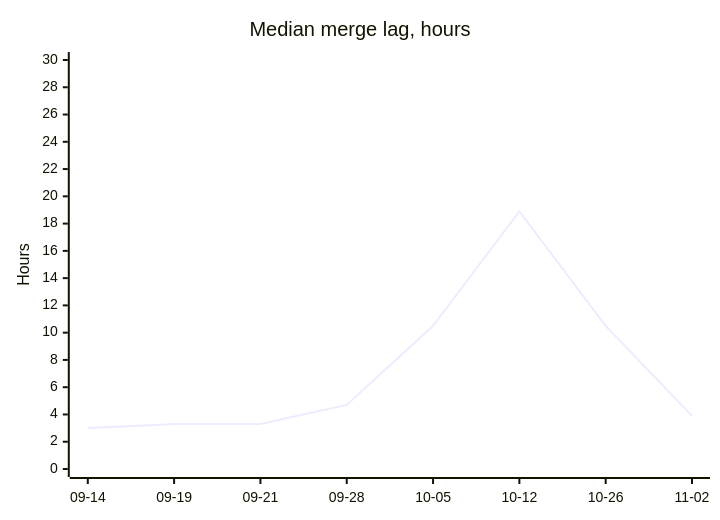
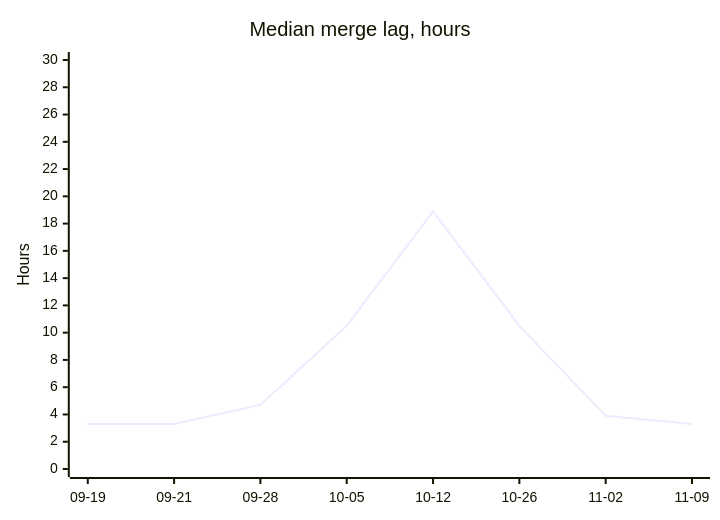
Before and after one commit to sipyourdrink-ltd/bernstein: the second of 3 diagrams in project-pulse.md, drawn with Mermaid. The commit also changed other lines of this file and 4 other files, not shown here.

````diff
--- a/project-pulse.md
+++ b/project-pulse.md
@@ -26,7 +26,7 @@
 ```mermaid
 xychart-beta
     title "Median merge lag, hours"
-    x-axis ["09-14", "09-19", "09-21", "09-28", "10-05", "10-12", "10-26", "11-02"]
+    x-axis ["09-19", "09-21", "09-28", "10-05", "10-12", "10-26", "11-02", "11-09"]
     y-axis "Hours" 0 --> 30
-    line [3.0, 3.3, 3.3, 4.7, 10.5, 18.9, 10.5, 3.9]
+    line [3.3, 3.3, 4.7, 10.5, 18.9, 10.5, 3.9, 3.3]
 ```
````
